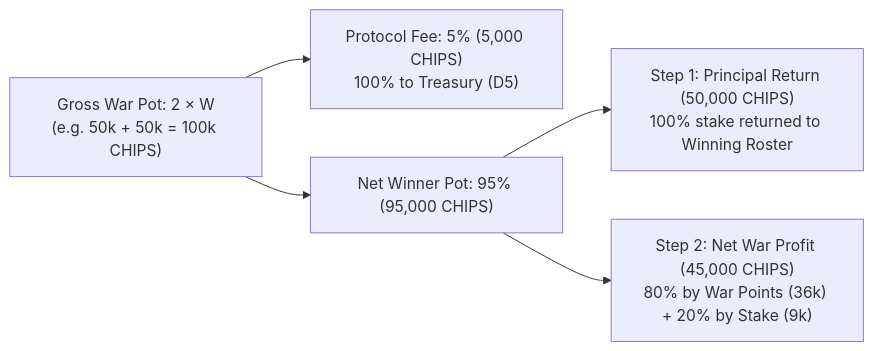
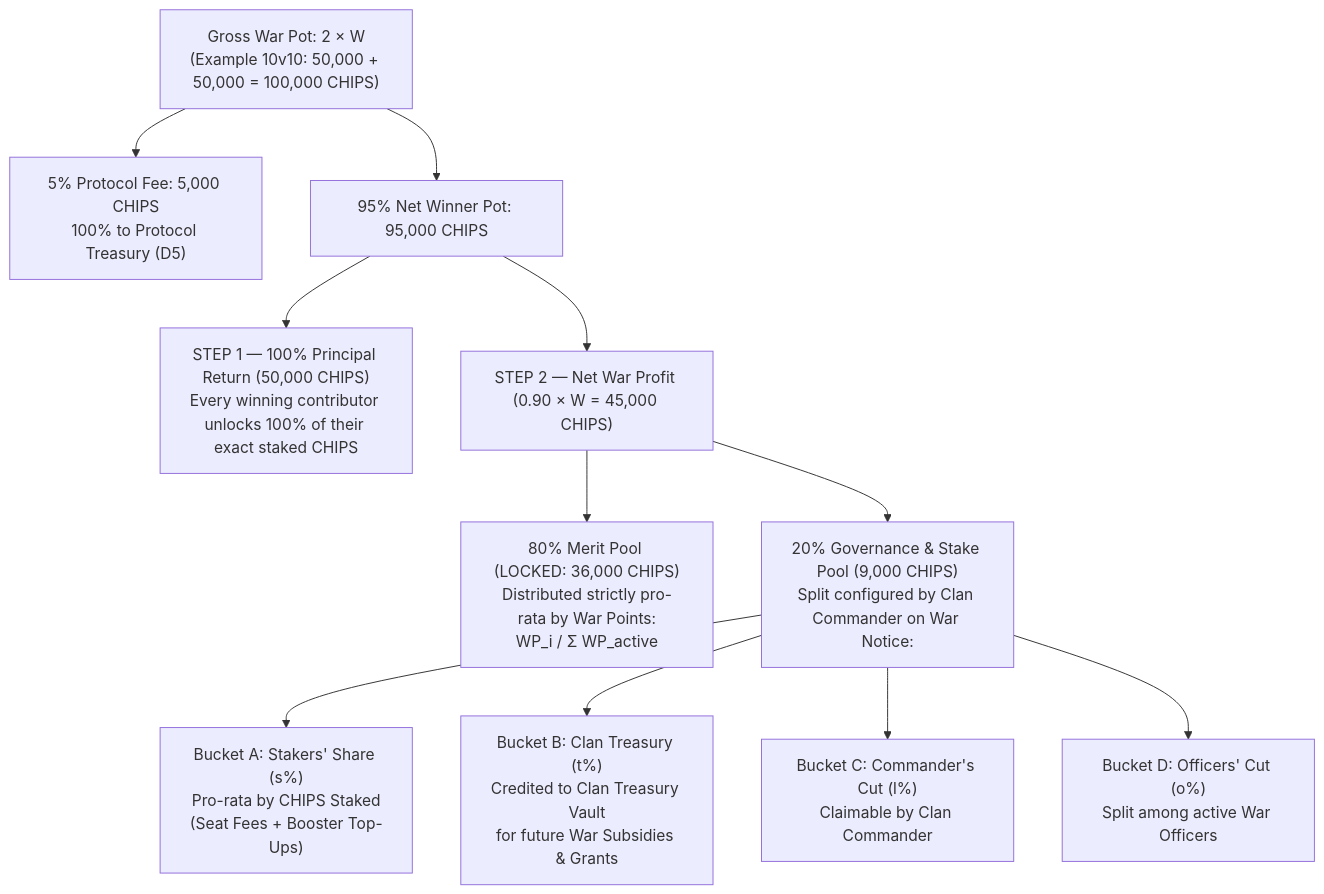
One commit to mrongSubho/ludo-base changed the seventh of 10 diagrams in docs/planning/CLAN_SYSTEM_PLAN.md. Above: the diagram before and after it, drawn with Mermaid. The commit also changed other lines of this file, not shown here.

Commit message:
docs(planning): war fixtures (3N matrix), prep scheduling, reschedules, walkovers, pull claims, 80/20 leader splitter & clan treasury

````diff
--- a/docs/planning/CLAN_SYSTEM_PLAN.md
+++ b/docs/planning/CLAN_SYSTEM_PLAN.md
@@ -443,7 +576,16 @@
 ```mermaid
-flowchart LR
-    Pot["Gross War Pot: 2 × W\n(e.g. 50k + 50k = 100k CHIPS)"] --> Rake["Protocol Fee: 5% (5,000 CHIPS)\n100% to Treasury (D5)"]
-    Pot --> Net["Net Winner Pot: 95% (95,000 CHIPS)"]
-    Net --> Step1["Step 1: Principal Return (50,000 CHIPS)\n100% stake returned to Winning Roster"]
-    Net --> Step2["Step 2: Net War Profit (45,000 CHIPS)\n80% by War Points (36k) + 20% by Stake (9k)"]
+flowchart TD
+    Gross["Gross War Pot: 2 × W\n(Example 10v10: 50,000 + 50,000 = 100,000 CHIPS)"] --> Rake["5% Protocol Fee: 5,000 CHIPS\n100% to Protocol Treasury (D5)"]
+    Gross --> NetPot["95% Net Winner Pot: 95,000 CHIPS"]
+
+    NetPot --> Step1["STEP 1 — 100% Principal Return (50,000 CHIPS)\nEvery winning contributor unlocks 100% of their exact staked CHIPS"]
+    NetPot --> Step2["STEP 2 — Net War Profit (0.90 × W = 45,000 CHIPS)"]
+
+    Step2 --> Merit80["80% Merit Pool (LOCKED: 36,000 CHIPS)\nDistributed strictly pro-rata by War Points:\nWP_i / Σ WP_active"]
+    Step2 --> Gov20["20% Governance & Stake Pool (9,000 CHIPS)\nSplit configured by Clan Commander on War Notice:"]
+
+    Gov20 --> B1["Bucket A: Stakers' Share (s%)\nPro-rata by CHIPS Staked\n(Seat Fees + Booster Top-Ups)"]
+    Gov20 --> B2["Bucket B: Clan Treasury (t%)\nCredited to Clan Treasury Vault\nfor future War Subsidies & Grants"]
+    Gov20 --> B3["Bucket C: Commander's Cut (l%)\nClaimable by Clan Commander"]
+    Gov20 --> B4["Bucket D: Officers' Cut (o%)\nSplit among active War Officers"]
 ```
````
